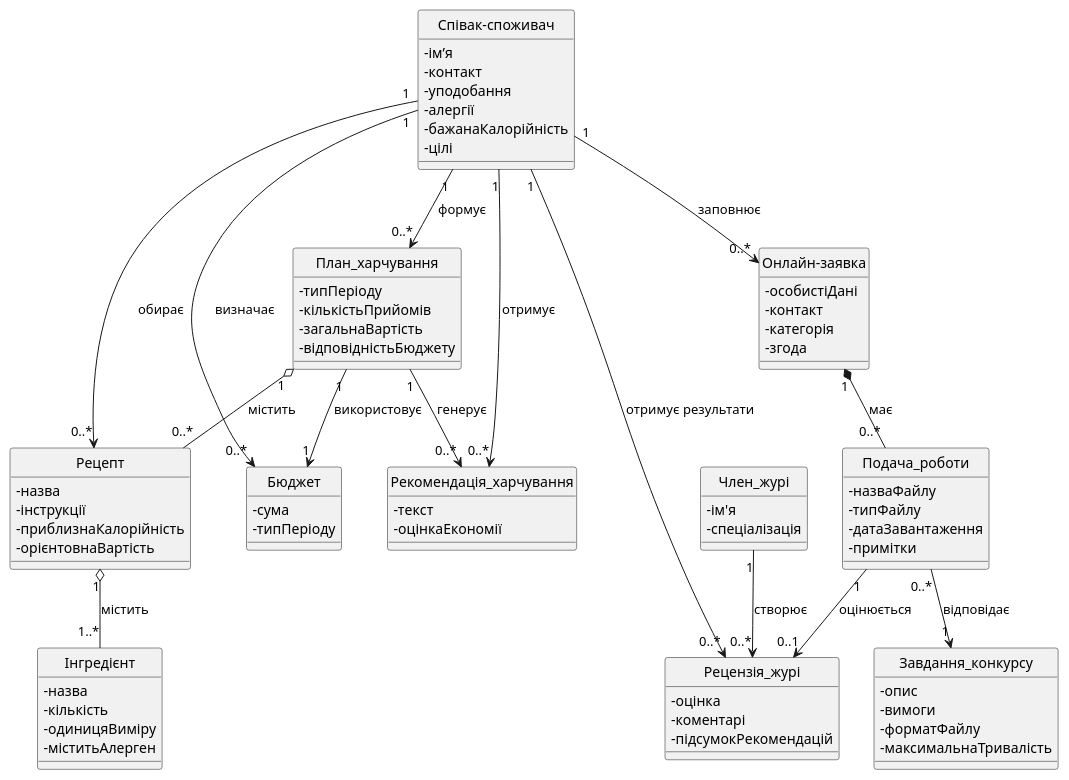
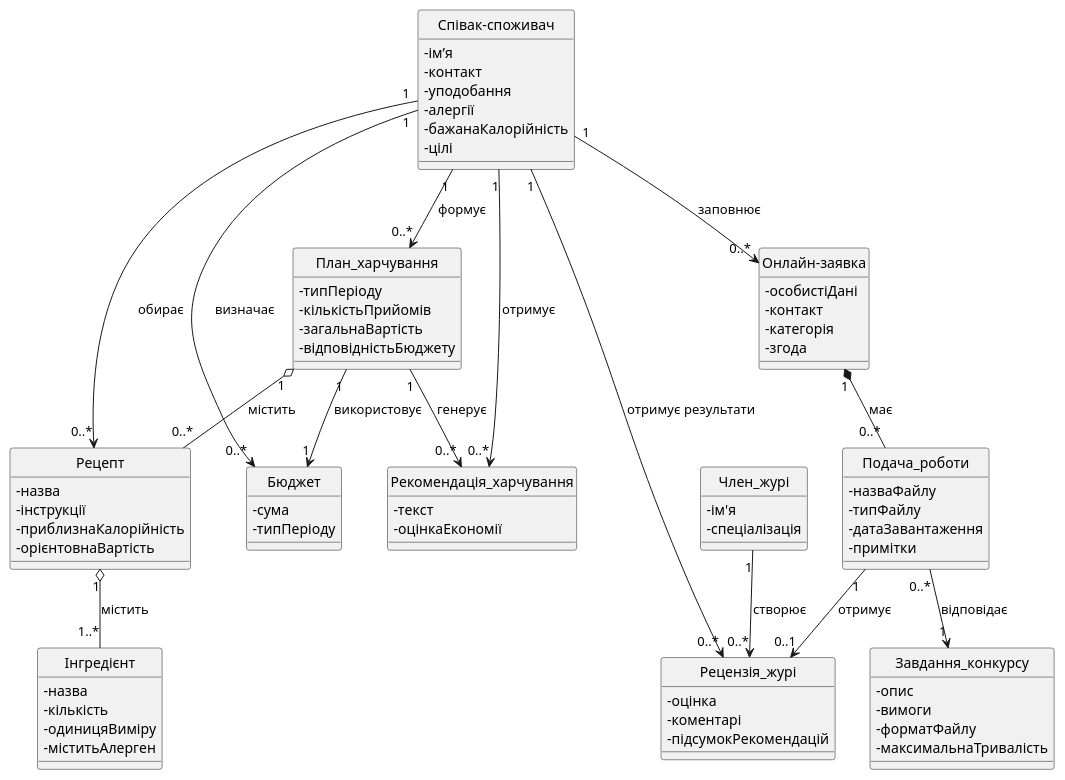
The diagram in ConceptClasses.puml (Liudmyla11/lab3), drawn with PlantUML before and after one commit.

```diff
--- a/ConceptClasses.puml
+++ b/ConceptClasses.puml
@@ -1,93 +1,93 @@
 @startuml
 skinparam classAttributeIconSize 0
 hide circle
 
 class "Співак-споживач" as User {
   - ім’я
   - контакт
   - уподобання
   - алергії
   - бажанаКалорійність
   - цілі
 }
 
 class "План_харчування" as MealPlan {
   - типПеріоду
   - кількістьПрийомів
   - загальнаВартість
   - відповідністьБюджету
 }
 
 class "Рецепт" as Recipe {
   - назва
   - інструкції
   - приблизнаКалорійність
   - орієнтовнаВартість
 }
 
 class "Інгредієнт" as Ingredient {
   - назва
   - кількість
   - одиницяВиміру 
   - міститьАлерген
 }
 
 class "Бюджет" as Budget {
   - сума
   - типПеріоду
 }
 
 class "Рекомендація_харчування" as NutritionRecommendation {
   - текст
   - оцінкаЕкономії
 }
 
 class "Онлайн-заявка" as Application {
   - особистіДані
   - контакт
   - категорія
   - згода
 }
 
 class "Завдання_конкурсу" as ContestTask {
   - опис
   - вимоги
   - форматФайлу
   - максимальнаТривалість
 }
 
 class "Подача_роботи" as Submission {
   - назваФайлу
   - типФайлу
   - датаЗавантаження
   - примітки
 }
 
 class "Член_журі" as JuryMember {
   - ім'я
   - спеціалізація
 }
 
 class "Рецензія_журі" as JuryReview {
   - оцінка
   - коментарі
   - підсумокРекомендацій
 }
 
 User "1" --> "0..*" MealPlan : формує
 MealPlan "1" o-- "0..*" Recipe : містить
 Recipe "1" o-- "1..*" Ingredient : містить
 MealPlan "1" --> "1" Budget : використовує
 User "1" --> "0..*" Budget : визначає
 MealPlan "1" --> "0..*" NutritionRecommendation : генерує
 User "1" --> "0..*" NutritionRecommendation : отримує
 
 User "1" --> "0..*" Application : заповнює
 Application "1" *-- "0..*" Submission : має
 Submission "0..*" --> "1" ContestTask : відповідає
-Submission "1" --> "0..1" JuryReview : оцінюється
+Submission "1" --> "0..1" JuryReview : отримує
 
 User "1" --> "0..*" Recipe : обирає
 JuryMember "1" --> "0..*" JuryReview : створює
 User "1" --> "0..*" JuryReview : отримує результати
 @enduml
```
